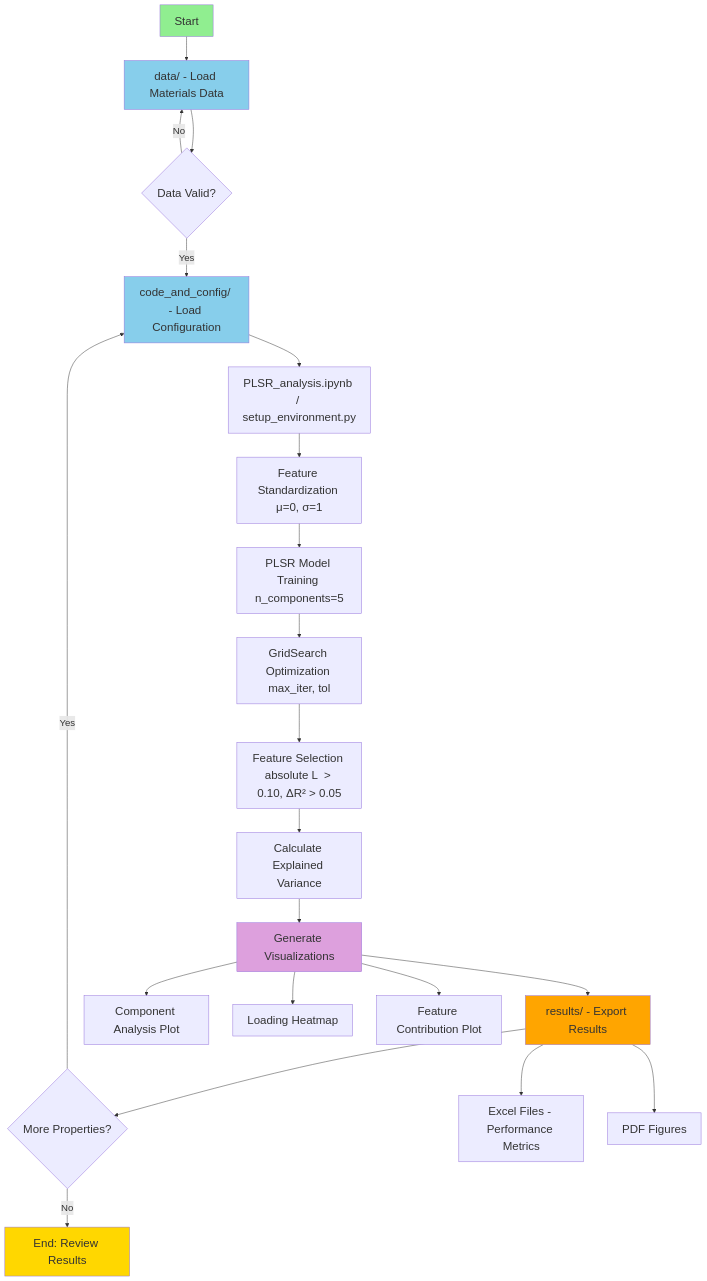
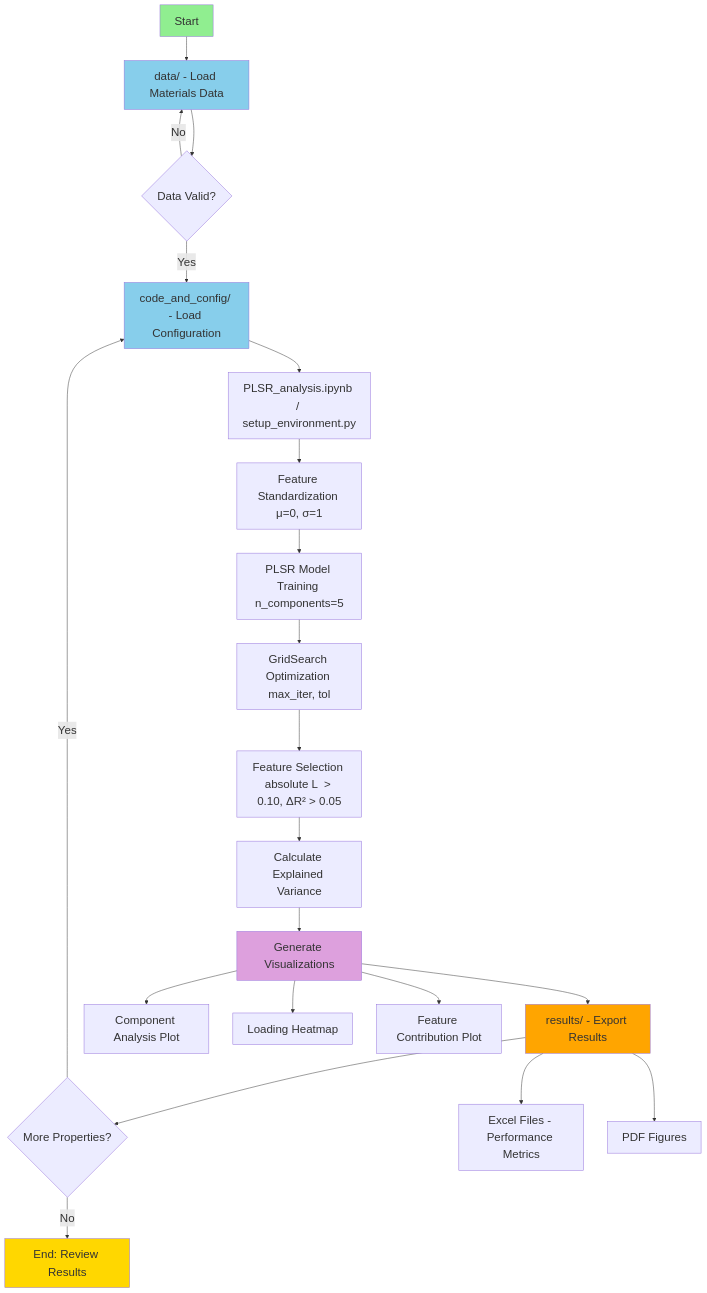
Before and after one commit to Shaswat-qm-researcher/Physics-Informed-Symbolic-Regression-for-Phonon-Related-Property-Prediction-and-Materials-Discovery: the diagram in plsr_feature_selection/README.md, drawn with Mermaid.

````diff
--- a/plsr_feature_selection/README.md
+++ b/plsr_feature_selection/README.md
@@ -24,46 +24,46 @@
 ```mermaid
 flowchart TD
     A[Start] --> B[data/ - Load Materials Data]
     B --> C{Data Valid?}
     C -->|No| B
     C -->|Yes| D[code_and_config/ - Load Configuration]
     D --> E[PLSR_analysis.ipynb / setup_environment.py]
     E --> F[Feature Standardization μ=0, σ=1]
     F --> G[PLSR Model Training n_components=5]
     G --> H[GridSearch Optimization max_iter, tol]
     H --> I[Feature Selection absolute L  > 0.10, ΔR² > 0.05]
     I --> J[Calculate Explained Variance]
     J --> K[Generate Visualizations]
     K --> L[results/ - Export Results]
     L --> M{More Properties?}
     M -->|Yes| D
     M -->|No| N[End: Review Results]
     
     K --> K1[Component Analysis Plot]
     K --> K2[Loading Heatmap]
     K --> K3[Feature Contribution Plot]
     
     L --> L1[Excel Files - Performance Metrics]
     L --> L2[PDF Figures]
 
 style A fill:#90EE90, font-size:24px, font-family:Arial
 style B fill:#87CEEB, font-size:24px, font-family:Arial
 style C font-size:24px, font-family:Arial
 style D fill:#87CEEB, font-size:24px, font-family:Arial
 style E font-size:24px, font-family:Arial
 style F font-size:24px, font-family:Arial
 style G font-size:24px, font-family:Arial
 style H font-size:24px, font-family:Arial
 style I font-size:24px, font-family:Arial
 style J font-size:24px, font-family:Arial
 style K fill:#DDA0DD, font-size:24px, font-family:Arial
 style K1 font-size:24px, font-family:Arial
 style K2 font-size:24px, font-family:Arial
 style K3 font-size:24px, font-family:Arial
 style L fill:#FFA500, font-size:24px, font-family:Arial
 style L1 font-size:24px, font-family:Arial
 style L2 font-size:24px, font-family:Arial
 style M font-size:24px, font-family:Arial
 style N fill:#FFD700, font-size:24px, font-family:Arial
-linkStyle 0,1,2,3,4,5,6,7,8,9,10,11,12,13,14,15 font-size:20px, font-family:Arial
+linkStyle 0,1,2,3,4,5,6,7,8,9,10,11,12,13,14,15 font-size:24px, font-family:Arial
 ```
````
